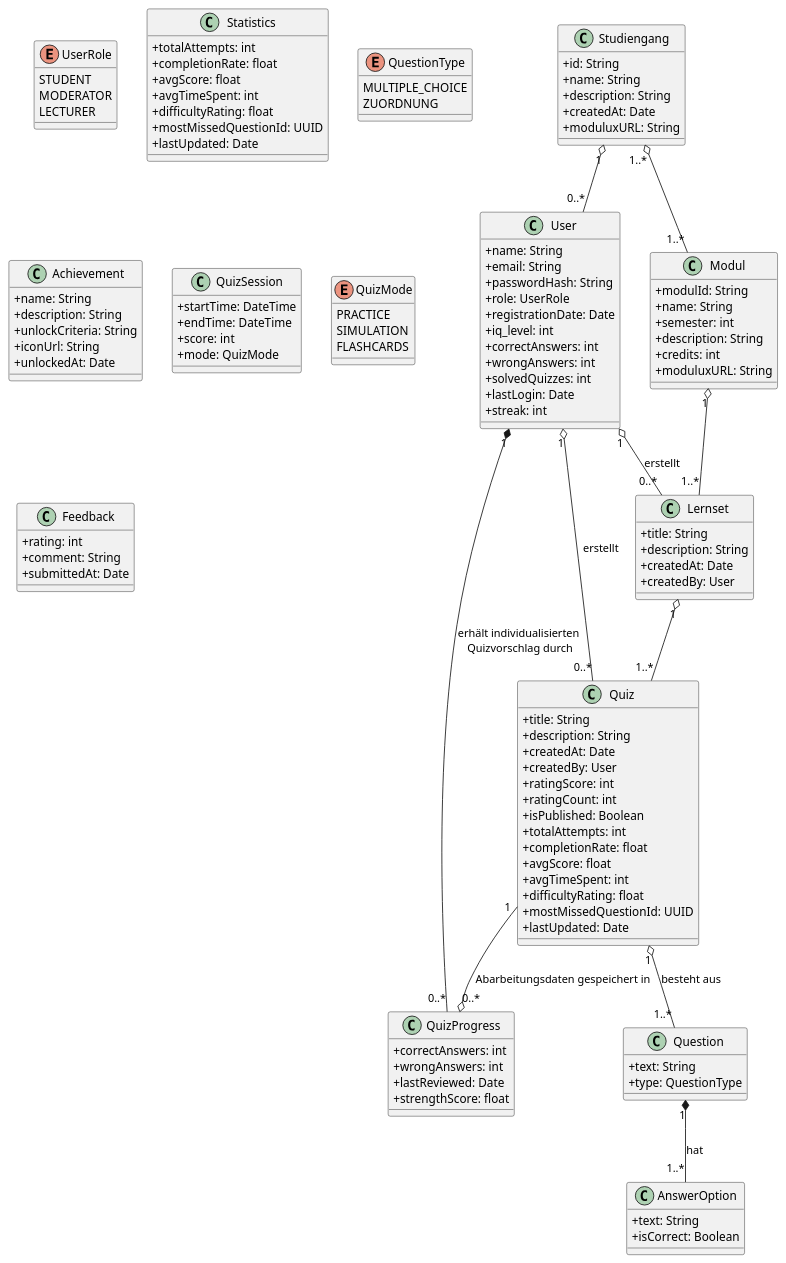
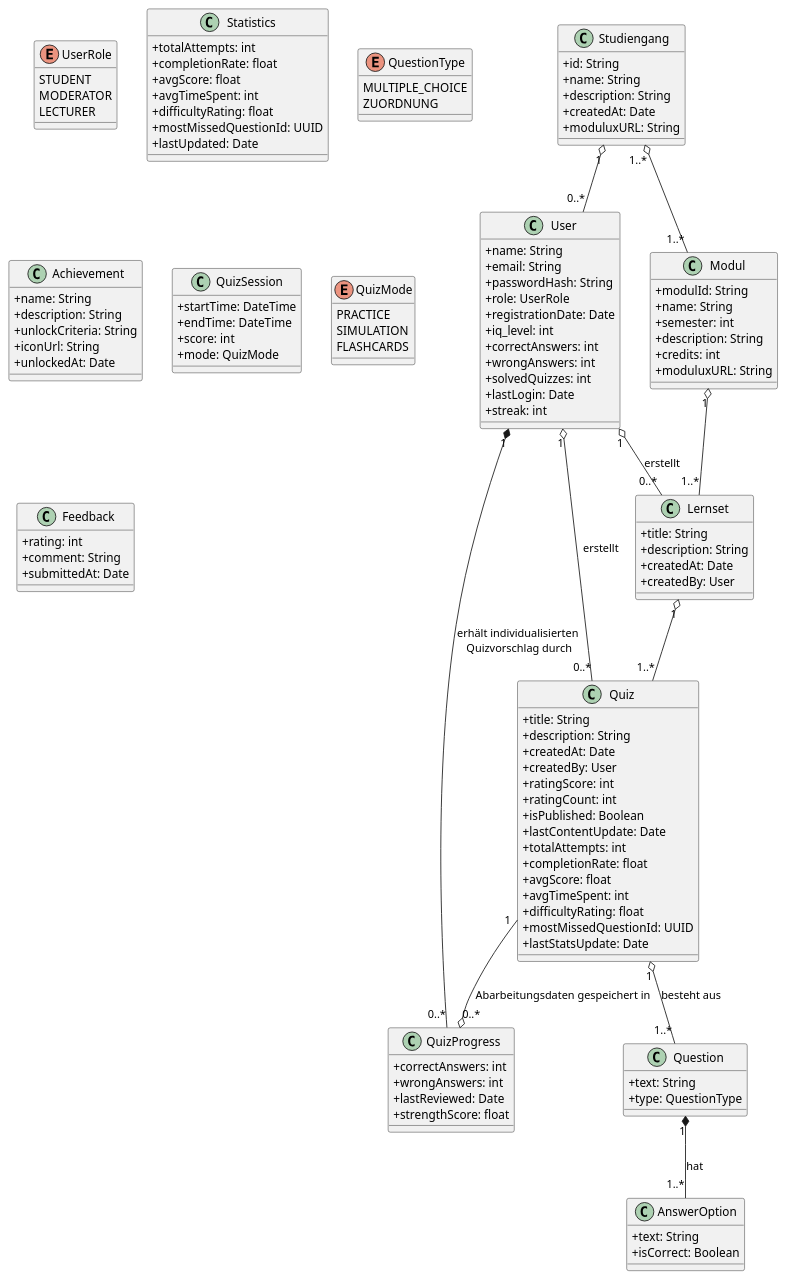
Before and after one commit to Gorg-tech/StudIQ: the diagram in docs/requirements/images/dommodell.puml, drawn with PlantUML.

Commit message:
Unterscheidung zwischen StatisikUpdate und QuizUpdate

```diff
--- a/docs/requirements/images/dommodell.puml
+++ b/docs/requirements/images/dommodell.puml
@@ -1,155 +1,156 @@
 @startuml
 skinparam classAttributeIconSize 0
 
 ' ----------------------------
 '      Entitäten / Klassen
 ' ----------------------------
 
 class User {
   +name: String
   +email: String
   +passwordHash: String
   +role: UserRole
   +registrationDate: Date
   +iq_level: int
   +correctAnswers: int
   +wrongAnswers: int
   +solvedQuizzes: int 
   +lastLogin: Date
   'zusätzliche Speicherung der solvedQuizzes, 
   'da bei Referenz auf Quiz nach Löschen dieses Probleme entstehen
   +streak: int
 }
 
 enum UserRole {
   STUDENT
   MODERATOR
   LECTURER
 }
 
 class Modul {
   +modulId: String
   +name: String
   +semester: int
   +description: String
   +credits: int
   +moduluxURL: String
 }
 
 class Lernset {
   +title: String
   +description: String
   +createdAt: Date
   +createdBy: User
 }
 
 class Quiz {
   +title: String
   +description: String
   +createdAt: Date
   +createdBy: User
   +ratingScore: int
   +ratingCount: int
   +isPublished: Boolean
+  +lastContentUpdate: Date 
   +totalAttempts: int
   +completionRate: float
   +avgScore: float
   +avgTimeSpent: int
   +difficultyRating: float
   +mostMissedQuestionId: UUID
-  +lastUpdated: Date
+  +lastStatsUpdate: Date
 }
 
 class Statistics {
   +totalAttempts: int
   +completionRate: float
   +avgScore: float
   +avgTimeSpent: int
   +difficultyRating: float
   +mostMissedQuestionId: UUID
   +lastUpdated: Date
 }
 
 class Question {
   +text: String
   +type: QuestionType
 }
 
 enum QuestionType {
   MULTIPLE_CHOICE
   'FREITEXT
   ZUORDNUNG
 }
 
 class AnswerOption {
   +text: String
   +isCorrect: Boolean
 }
 
 class QuizProgress {
   +correctAnswers: int
   +wrongAnswers: int
   +lastReviewed: Date
   +strengthScore: float
 }
 
 class Achievement {
   +name: String
   +description: String
   +unlockCriteria: String
   +iconUrl: String
   +unlockedAt: Date
 }
 
 class QuizSession {
   +startTime: DateTime
   +endTime: DateTime
   +score: int
   +mode: QuizMode
 }
 
 enum QuizMode {
   PRACTICE
   SIMULATION
   FLASHCARDS
 }
 
 class Feedback {
   +rating: int
   +comment: String
   +submittedAt: Date
 }
 
 class Studiengang {
   +id: String
   +name: String
   +description: String
   +createdAt: Date
   +moduluxURL: String
 }
 
 
 ' ----------------------------
 '      Beziehungen
 ' ----------------------------
 User "1" *-- "0..*" QuizProgress : erhält individualisierten\n Quizvorschlag durch
 'User "1" *-- "0..*" QuizSession
 'User "1" o-- "0..*" Feedback
 'User "1" o-- "0..*" Achievement : erhält
 User "1" o-- "0..*" Quiz : erstellt
 User "1" o-- "0..*" Lernset : erstellt
 Studiengang "1" o-- "0..*" User
 
 'User "1" -- "0..*" StudyGroup : istMitglied
 'StudyGroup "1" -- "0..*" QuizSession : gemeinsameQuizze
 
 Modul "1" o-- "1..*" Lernset
 Lernset "1" o-- "1..*" Quiz
 Quiz "1" o-- "1..*" Question : besteht aus
 Question "1" *-- "1..*" AnswerOption : hat
 'Quiz "1" *-- "0..*" Feedback
 Quiz "1" --o "0..*" QuizProgress : Abarbeitungsdaten gespeichert in
 'Quiz "1" -- "1" Statistics : aggregierte Nutzungsdaten
 'Quiz "0..*" -- "1" LearningHistory : Referenz auf 
 Studiengang "1..*" o-- "1..*" Modul 
 @enduml
```
